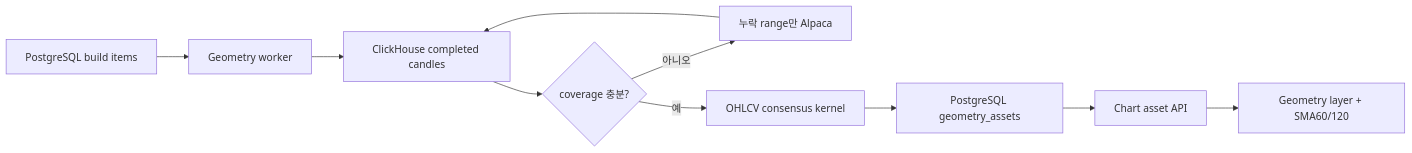
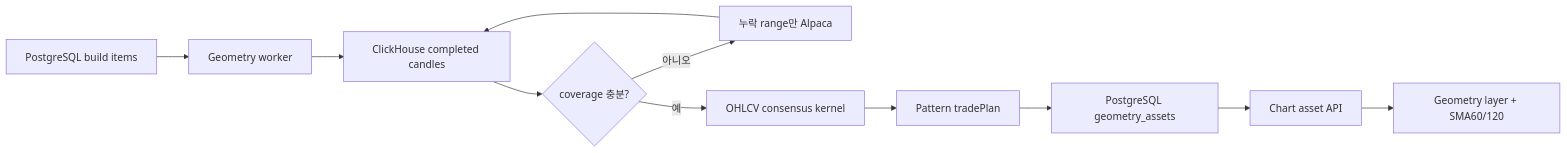
The diagram in docs/CHART_ANALYSIS_ASSETS.md (seunglee10/GOPS-BE), drawn with Mermaid before and after one commit. The commit also changed other lines of this file and 10 other files, not shown here.

Commit message:
feat: add pattern trade timing overlays

````diff
--- a/docs/CHART_ANALYSIS_ASSETS.md
+++ b/docs/CHART_ANALYSIS_ASSETS.md
@@ -25,12 +34,13 @@
 ```mermaid
 flowchart LR
   PGQ["PostgreSQL build items"] --> Worker["Geometry worker"]
   Worker --> CH["ClickHouse completed candles"]
   CH --> Gap{"coverage 충분?"}
   Gap -- "아니오" --> Alpaca["누락 range만 Alpaca"]
   Alpaca --> CH
   Gap -- "예" --> Kernel["OHLCV consensus kernel"]
-  Kernel --> PG["PostgreSQL geometry_assets"]
+  Kernel --> Plan["Pattern tradePlan"]
+  Plan --> PG["PostgreSQL geometry_assets"]
   PG --> API["Chart asset API"]
   API --> UI["Geometry layer + SMA60/120"]
 ```
````
